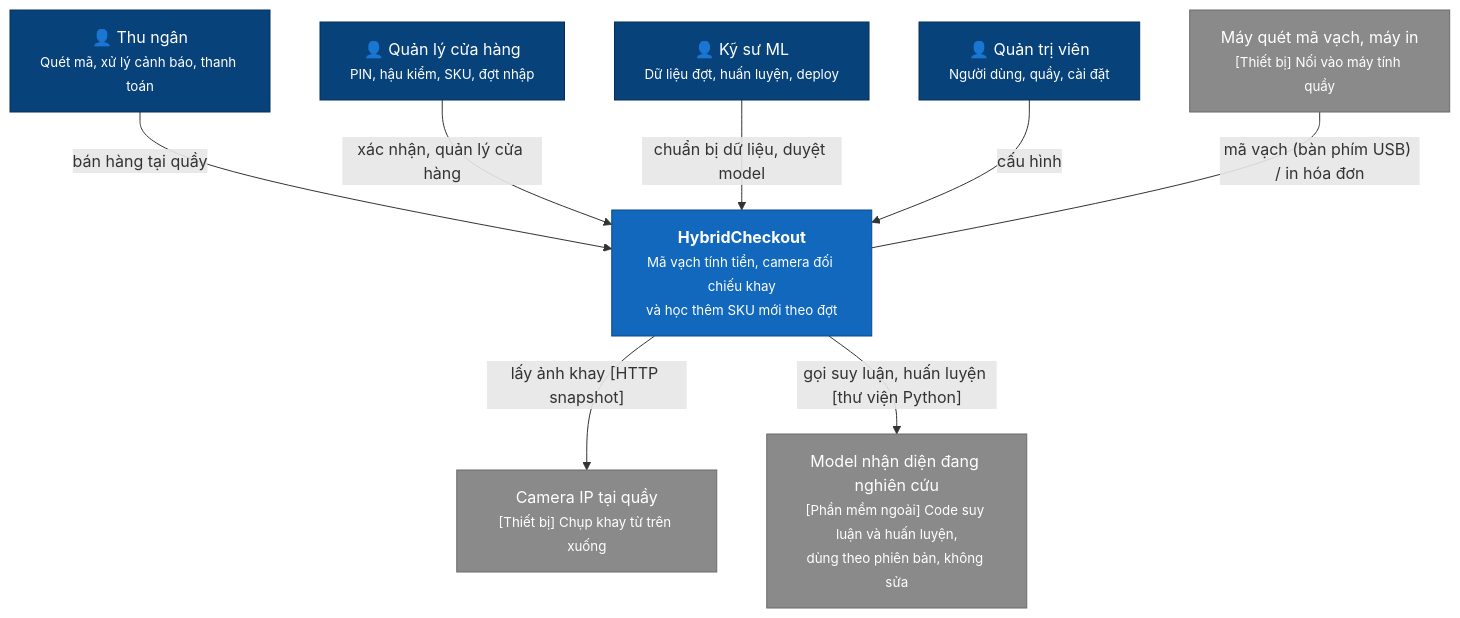
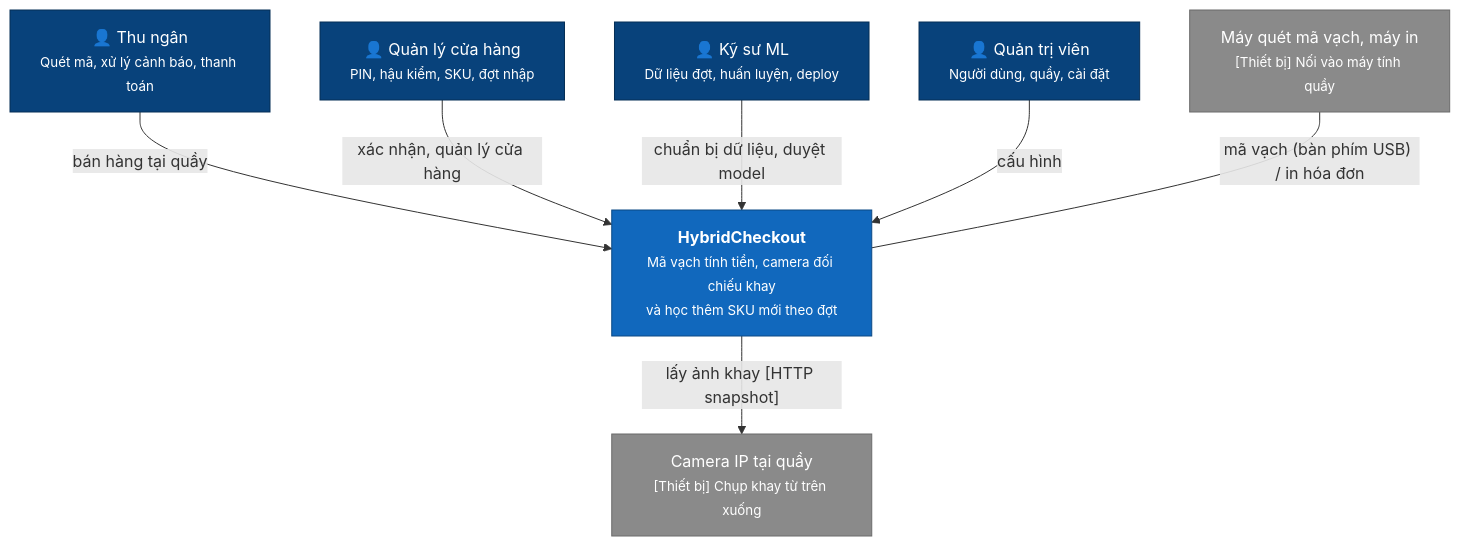
The first of 6 diagrams in docs/07-c4.md (AnNguyen05092004/hybrid-checkout), drawn with Mermaid before and after one commit. The commit also changed 20 other files, not shown here.

````diff
--- a/docs/07-c4.md
+++ b/docs/07-c4.md
@@ -9,28 +9,26 @@
 ```mermaid
 flowchart TB
     cashier["👤 Thu ngân<br/><small>Quét mã, xử lý cảnh báo, thanh toán</small>"]
     manager["👤 Quản lý cửa hàng<br/><small>PIN, hậu kiểm, SKU, đợt nhập</small>"]
     ml["👤 Kỹ sư ML<br/><small>Dữ liệu đợt, huấn luyện, deploy</small>"]
     admin["👤 Quản trị viên<br/><small>Người dùng, quầy, cài đặt</small>"]
 
     hc["<b>HybridCheckout</b><br/><small>Mã vạch tính tiền, camera đối chiếu khay<br/>và học thêm SKU mới theo đợt</small>"]
 
     camera["Camera IP tại quầy<br/><small>[Thiết bị] Chụp khay từ trên xuống</small>"]
     devices["Máy quét mã vạch, máy in<br/><small>[Thiết bị] Nối vào máy tính quầy</small>"]
-    model["Model nhận diện đang nghiên cứu<br/><small>[Phần mềm ngoài] Code suy luận và huấn luyện,<br/>dùng theo phiên bản, không sửa</small>"]
 
     cashier -- "bán hàng tại quầy" --> hc
     manager -- "xác nhận, quản lý cửa hàng" --> hc
     ml -- "chuẩn bị dữ liệu, duyệt model" --> hc
     admin -- "cấu hình" --> hc
     devices -- "mã vạch (bàn phím USB) / in hóa đơn" --- hc
     hc -- "lấy ảnh khay [HTTP snapshot]" --> camera
-    hc -- "gọi suy luận, huấn luyện [thư viện Python]" --> model
 
     classDef person fill:#08427b,color:#fff,stroke:#052e56
     classDef focus fill:#1168bd,color:#fff,stroke:#0b4884
     classDef ext fill:#8a8a8a,color:#fff,stroke:#6b6b6b
     class cashier,manager,ml,admin person
     class hc focus
-    class camera,devices,model ext
+    class camera,devices ext
 ```
````
